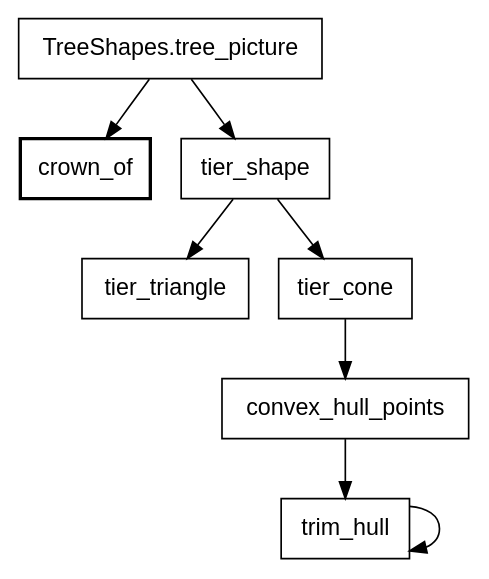
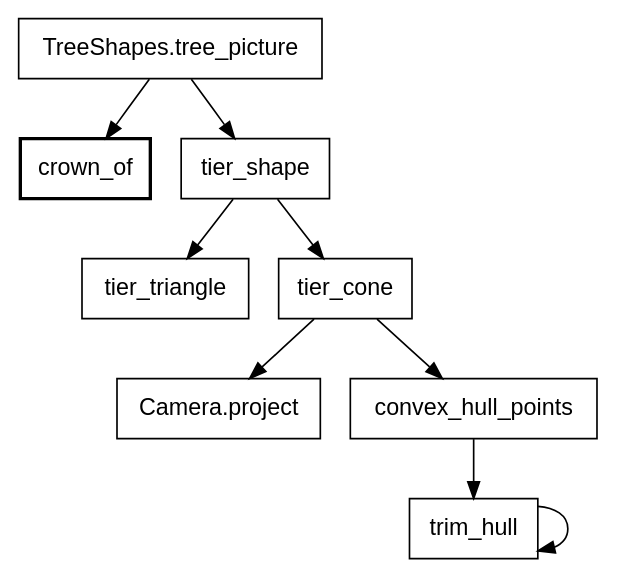
The seventh of 34 diagrams in canvas_apps/safari/tutorial/tutorial.md (showell/roc-apps), drawn with Graphviz before and after one commit. The commit also changed other lines of this file, not shown here.

Commit message:
book: the tree and cone diagrams get back trunk_shape and Camera.project

````diff
--- a/canvas_apps/safari/tutorial/tutorial.md
+++ b/canvas_apps/safari/tutorial/tutorial.md
@@ -472,13 +473,14 @@
 ```dot
 digraph cone {
   node [shape=box, fontname="Helvetica"];
   "TreeShapes.tree_picture" -> "crown_of";
   "TreeShapes.tree_picture" -> "tier_shape";
   "tier_shape" -> "tier_triangle";
   "tier_shape" -> "tier_cone";
+  "tier_cone" -> "Camera.project";
   "tier_cone" -> "convex_hull_points";
   "convex_hull_points" -> "trim_hull";
   "trim_hull" -> "trim_hull";
   "crown_of" [style=bold];
 }
 ```
````
